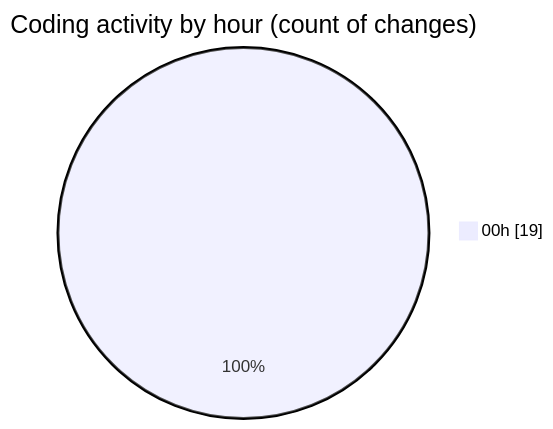
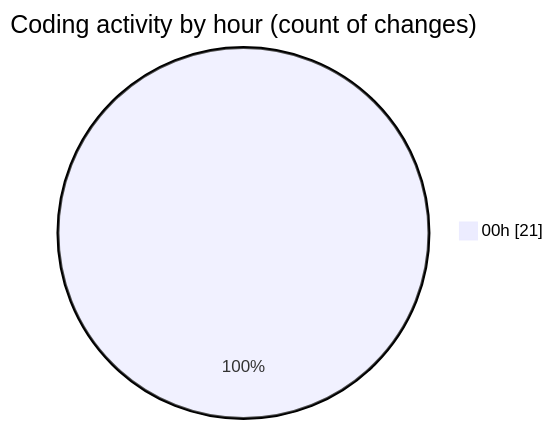
The second of 2 diagrams in 2025-07-26/quanlyrapchieuphim-1/README.md (lephambinh05/code-tracking), drawn with Mermaid before and after one commit. The commit also changed other lines of this file and 1 other file, not shown here.

````diff
--- a/2025-07-26/quanlyrapchieuphim-1/README.md
+++ b/2025-07-26/quanlyrapchieuphim-1/README.md
@@ -30,5 +30,5 @@
 ```mermaid
 pie showData
 title Coding activity by hour (count of changes)
-"00h" : 19
+"00h" : 21
 ```
````
